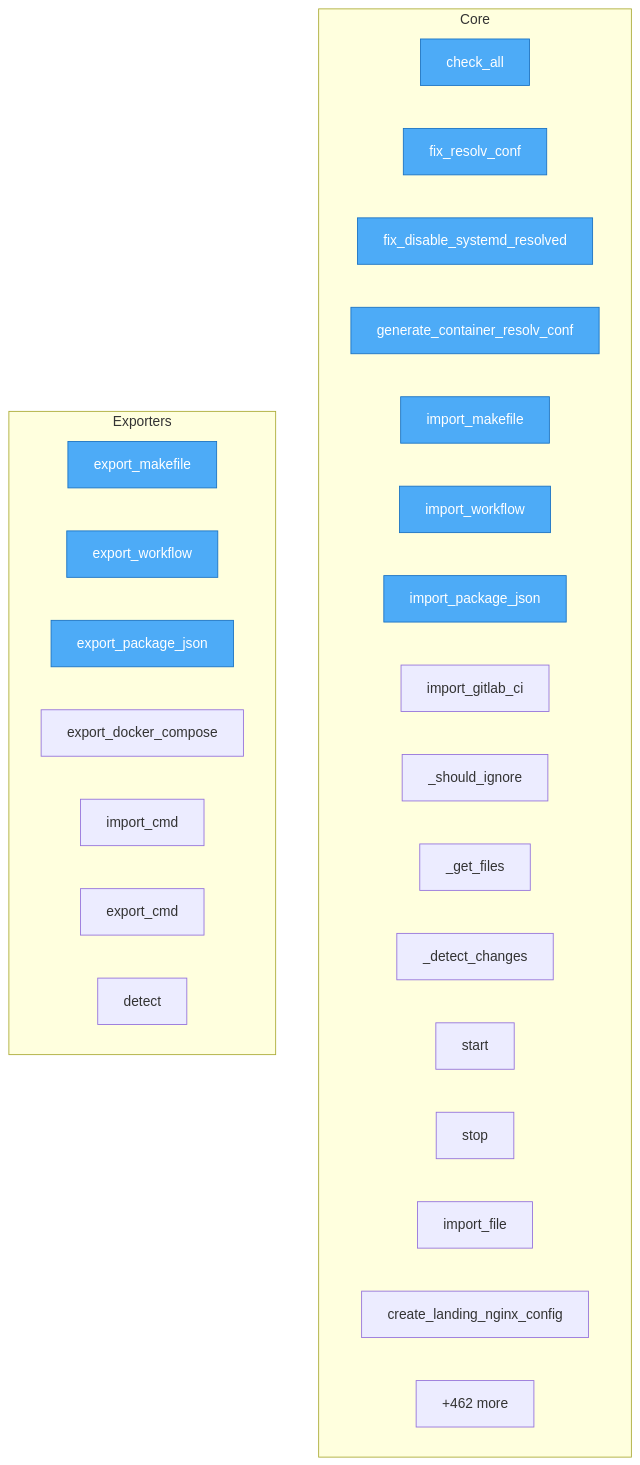
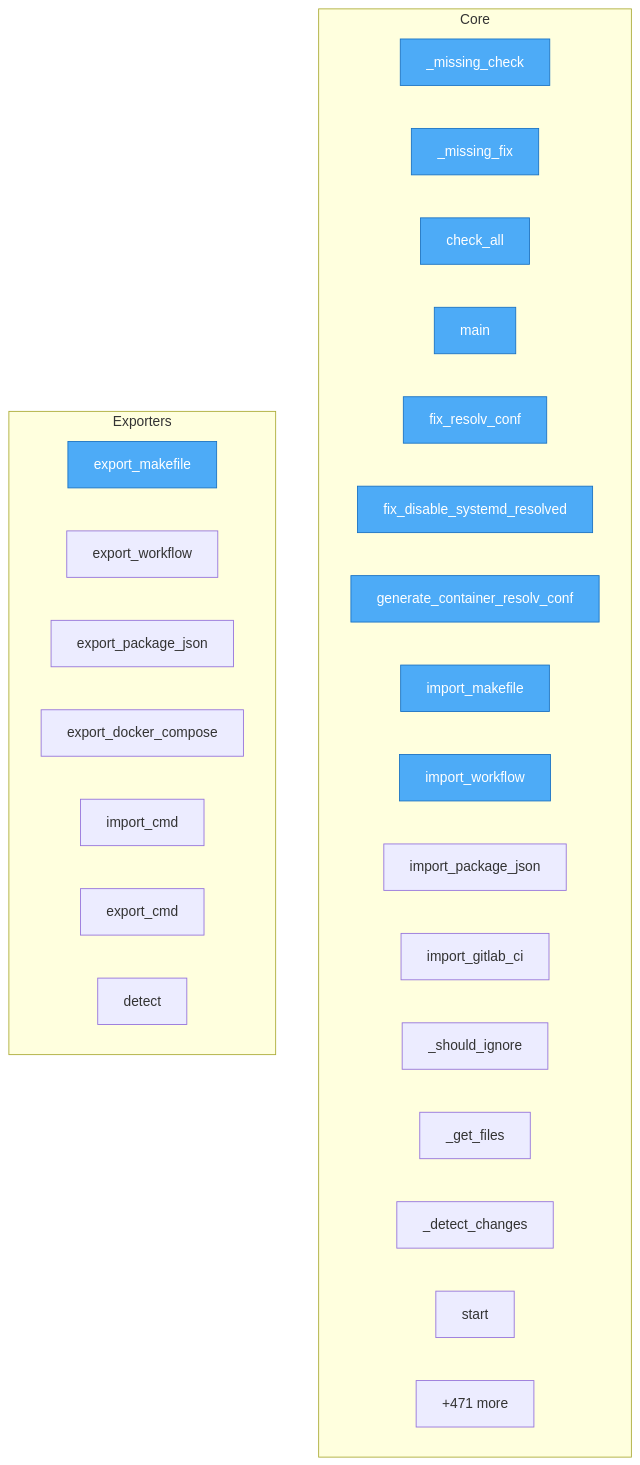
The diagram in project/flow.mmd (pyfunc/taskfile), drawn with Mermaid before and after one commit. The commit also changed 47 other files, not shown here.

```diff
--- a/project/flow.mmd
+++ b/project/flow.mmd
@@ -1,35 +1,35 @@
 flowchart TD
 
     %% Entry points (blue)
     classDef entry fill:#4dabf7,stroke:#1971c2,color:#fff
 
     subgraph Core
+        TODO___missing_check["_missing_check"]
+        TODO___missing_fix["_missing_fix"]
         TODO__check_all["check_all"]
+        TODO__src__fixop__cli__main["main"]
         TODO__dns__fix_resolv_conf["fix_resolv_conf"]
         TODO__dns__fix_disable_systemd_resolved["fix_disable_systemd_resolved"]
         TODO__dns__generate_container_resolv_conf["generate_container_resolv_conf"]
         src__taskfile__converters__MakefileConverter__import_makefile["import_makefile"]
         src__taskfile__converters__GitHubActionsConverter__import_workflow["import_workflow"]
         src__taskfile__converters__NpmScriptsConverter__import_package_json["import_package_json"]
         src__taskfile__converters__GitLabCIConverter__import_gitlab_ci["import_gitlab_ci"]
         src__taskfile__watch__FileWatcher___should_ignore["_should_ignore"]
         src__taskfile__watch__FileWatcher___get_files["_get_files"]
         src__taskfile__watch__FileWatcher___detect_changes["_detect_changes"]
         src__taskfile__watch__FileWatcher__start["start"]
-        src__taskfile__watch__FileWatcher__stop["stop"]
-        src__taskfile__importer__import_file["import_file"]
-        src__taskfile__landing__create_landing_nginx_config["create_landing_nginx_config"]
-        ...["+462 more"]
+        ...["+471 more"]
     end
 
     subgraph Exporters
         src__taskfile__converters__MakefileConverter__export_makefile["export_makefile"]
         src__taskfile__converters__GitHubActionsConverter__export_workflow["export_workflow"]
         src__taskfile__converters__NpmScriptsConverter__export_package_json["export_package_json"]
         src__taskfile__converters__DockerComposeConverter__export_docker_compose["export_docker_compose"]
         src__taskfile__cli__import_export__import_cmd["import_cmd"]
         src__taskfile__cli__import_export__export_cmd["export_cmd"]
         src__taskfile__cli__import_export__detect["detect"]
     end
 
-    class TODO__check_all,TODO__dns__fix_resolv_conf,TODO__dns__fix_disable_systemd_resolved,TODO__dns__generate_container_resolv_conf,src__taskfile__converters__MakefileConverter__import_makefile,src__taskfile__converters__MakefileConverter__export_makefile,src__taskfile__converters__GitHubActionsConverter__import_workflow,src__taskfile__converters__GitHubActionsConverter__export_workflow,src__taskfile__converters__NpmScriptsConverter__import_package_json,src__taskfile__converters__NpmScriptsConverter__export_package_json entry
+    class TODO___missing_check,TODO___missing_fix,TODO__check_all,TODO__src__fixop__cli__main,TODO__dns__fix_resolv_conf,TODO__dns__fix_disable_systemd_resolved,TODO__dns__generate_container_resolv_conf,src__taskfile__converters__MakefileConverter__import_makefile,src__taskfile__converters__MakefileConverter__export_makefile,src__taskfile__converters__GitHubActionsConverter__import_workflow entry
```
